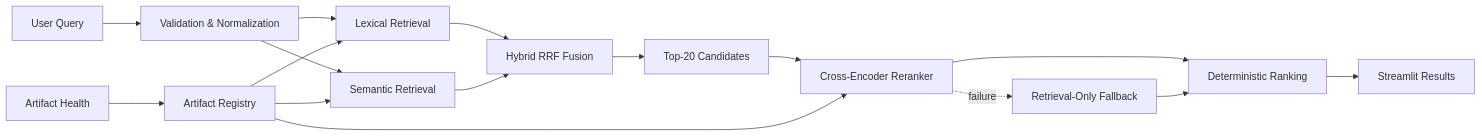
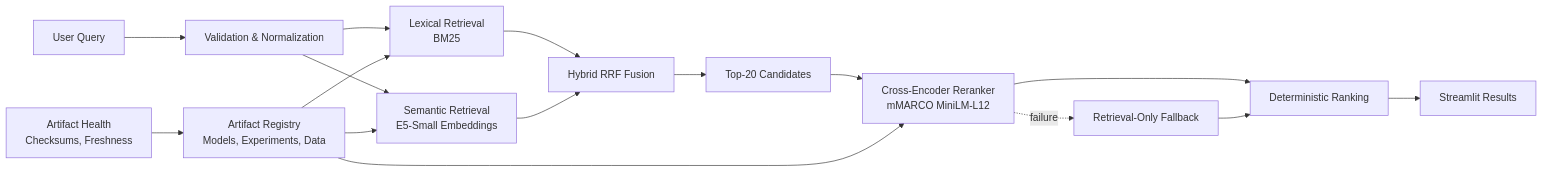
Before and after one commit to mehmetcamofficial/turkiye-yapay-zeka-akademisi: the diagram in README.md, drawn with Mermaid. The commit also changed other lines of this file and 13 other files, not shown here.

````diff
--- a/README.md
+++ b/README.md
@@ -37,18 +35,18 @@
 ```mermaid
 flowchart LR
     A[User Query] --> B[Validation & Normalization]
-    B --> C[Lexical Retrieval]
-    B --> D[Semantic Retrieval]
+    B --> C[Lexical Retrieval<br/>BM25]
+    B --> D[Semantic Retrieval<br/>E5-Small Embeddings]
     C --> E[Hybrid RRF Fusion]
     D --> E
     E --> F[Top-20 Candidates]
-    F --> G[Cross-Encoder Reranker]
+    F --> G[Cross-Encoder Reranker<br/>mMARCO MiniLM-L12]
     G --> H[Deterministic Ranking]
     H --> I[Streamlit Results]
     G -. failure .-> J[Retrieval-Only Fallback]
     J --> H
-    K[Artifact Registry] --> C
+    K[Artifact Registry<br/>Models, Experiments, Data] --> C
     K --> D
     K --> G
-    L[Artifact Health] --> K
+    L[Artifact Health<br/>Checksums, Freshness] --> K
 ```
````
